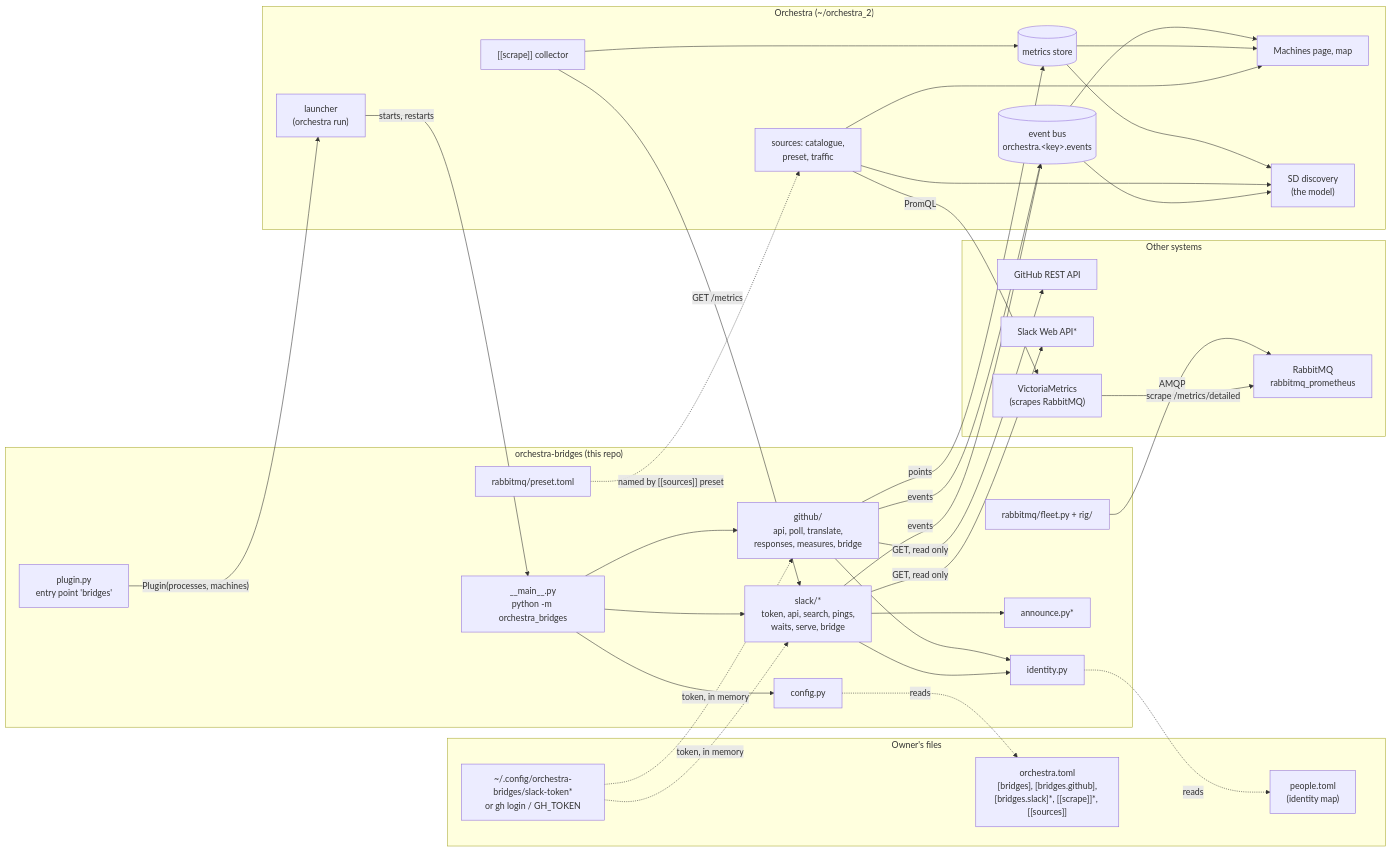
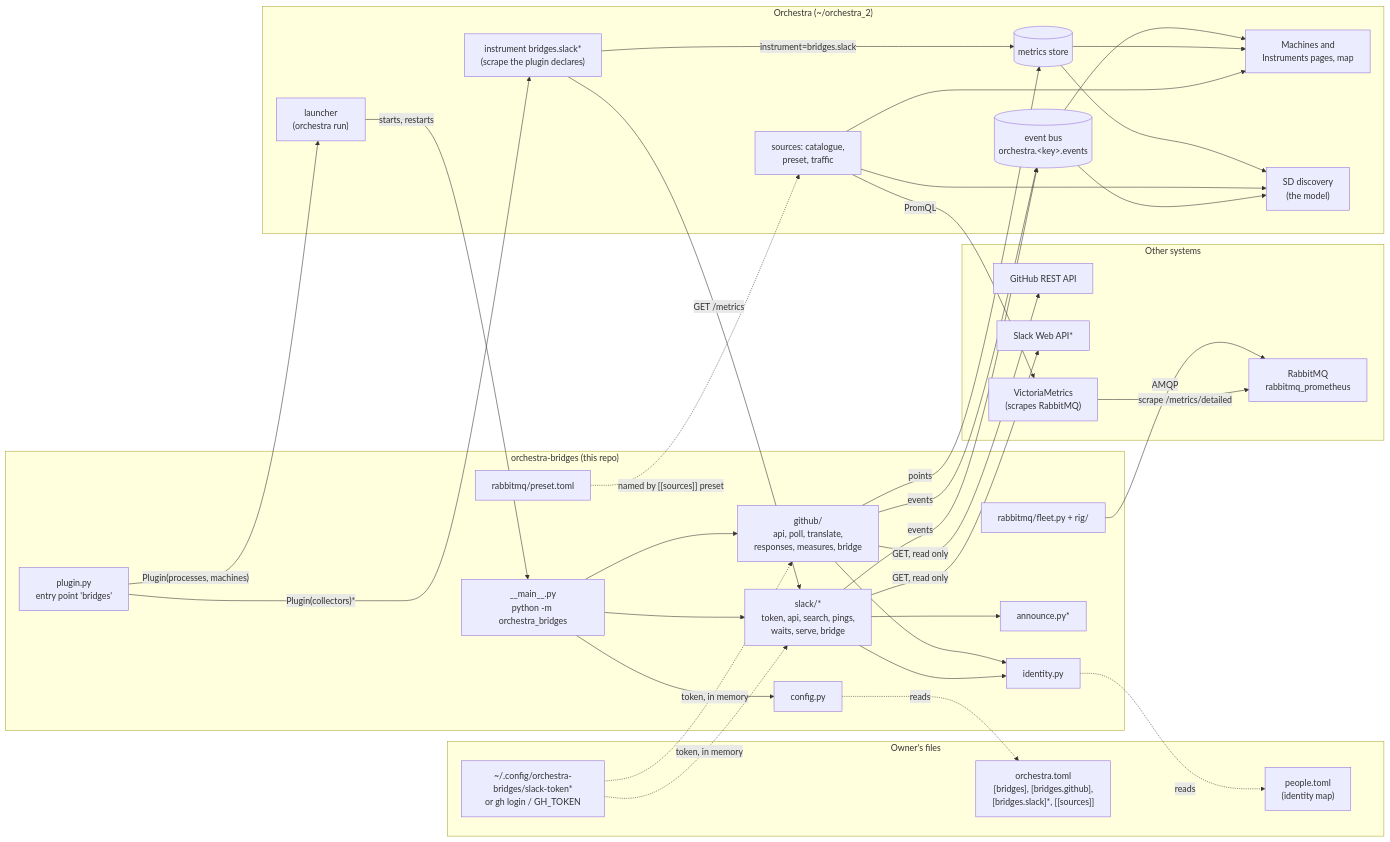
Before and after one commit to danroblewis/orchestra-bridges: the first of 5 diagrams in ARCHITECTURE.md, drawn with Mermaid. The commit also changed other lines of this file, not shown here.

First line of the commit message:
Docs: architecture brought up to Orchestra's instruments

````diff
--- a/ARCHITECTURE.md
+++ b/ARCHITECTURE.md
@@ -78,67 +83,68 @@
 ```mermaid
 flowchart LR
     subgraph owner["Owner's files"]
-        toml["orchestra.toml<br/>[bridges], [bridges.github],<br/>[bridges.slack]*, [[scrape]]*, [[sources]]"]
+        toml["orchestra.toml<br/>[bridges], [bridges.github],<br/>[bridges.slack]*, [[sources]]"]
         people["people.toml<br/>(identity map)"]
         tok["~/.config/orchestra-bridges/slack-token*<br/>or gh login / GH_TOKEN"]
     end
 
     subgraph ext["Other systems"]
         gh["GitHub REST API"]
         sl["Slack Web API*"]
         rmq["RabbitMQ<br/>rabbitmq_prometheus"]
         vm["VictoriaMetrics<br/>(scrapes RabbitMQ)"]
     end
 
     subgraph pkg["orchestra-bridges (this repo)"]
         plugin["plugin.py<br/>entry point 'bridges'"]
         main["__main__.py<br/>python -m orchestra_bridges"]
         cfg["config.py"]
         ident["identity.py"]
         ann["announce.py*"]
         ghb["github/<br/>api, poll, translate,<br/>responses, measures, bridge"]
         slb["slack/*<br/>token, api, search, pings,<br/>waits, serve, bridge"]
         preset["rabbitmq/preset.toml"]
         fleet["rabbitmq/fleet.py + rig/"]
     end
 
     subgraph orch["Orchestra (~/orchestra_2)"]
         launcher["launcher<br/>(orchestra run)"]
         bus[("event bus<br/>orchestra.#lt;key#gt;.events")]
         store[("metrics store")]
-        scrape["[[scrape]] collector"]
+        scrape["instrument bridges.slack*<br/>(scrape the plugin declares)"]
         sources["sources: catalogue,<br/>preset, traffic"]
-        ui["Machines page, map"]
+        ui["Machines and<br/>Instruments pages, map"]
         sd["SD discovery<br/>(the model)"]
     end
 
     plugin -- "Plugin(processes, machines)" --> launcher
+    plugin -- "Plugin(collectors)*" --> scrape
     launcher -- "starts, restarts" --> main
     main --> cfg
     cfg -. reads .-> toml
     ident -. reads .-> people
     main --> ghb
     main --> slb
     ghb --> ident
     slb --> ident
     slb --> ann
     ghb -- "GET, read only" --> gh
     slb -- "GET, read only" --> sl
     tok -. "token, in memory" .-> ghb
     tok -. "token, in memory" .-> slb
     ghb -- "events" --> bus
     slb -- "events" --> bus
     ghb -- "points" --> store
     scrape -- "GET /metrics" --> slb
-    scrape --> store
+    scrape -- "instrument=bridges.slack" --> store
     fleet -- "AMQP" --> rmq
     vm -- "scrape /metrics/detailed" --> rmq
     preset -. "named by [[sources]] preset" .-> sources
     sources -- "PromQL" --> vm
     bus --> ui
     store --> ui
     sources --> ui
     store --> sd
     sources --> sd
     bus --> sd
 ```
````
